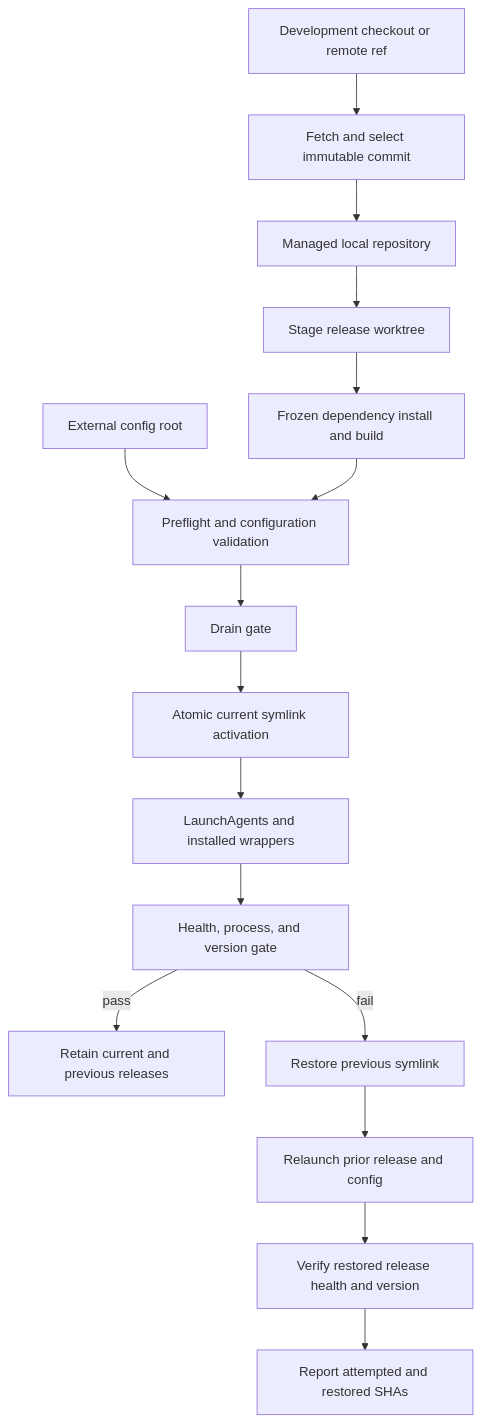
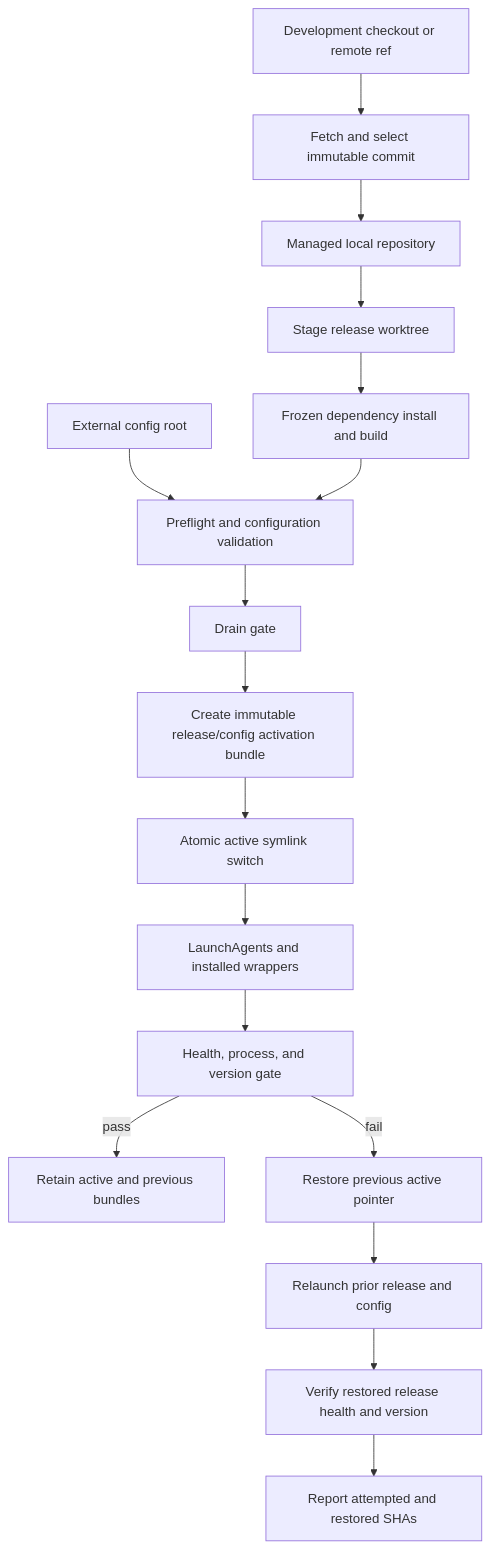
The first of 2 diagrams in docs/plans/2026-07-10-001-refactor-installed-runtime-deployment-plan.md (mobilyze-llc/symphony-ts), drawn with Mermaid before and after one commit. The commit also changed other lines of this file, not shown here.

First line of the commit message:
Make installed runtime activation atomic (#751)

````diff
--- a/docs/plans/2026-07-10-001-refactor-installed-runtime-deployment-plan.md
+++ b/docs/plans/2026-07-10-001-refactor-installed-runtime-deployment-plan.md
@@ -132,18 +132,19 @@
 ```mermaid
 flowchart TB
   S["Development checkout or remote ref"] --> F["Fetch and select immutable commit"]
   F --> R["Managed local repository"]
   R --> B["Stage release worktree"]
   C["External config root"] --> V["Preflight and configuration validation"]
   B --> I["Frozen dependency install and build"]
   I --> V
   V --> D["Drain gate"]
-  D --> A["Atomic current symlink activation"]
-  A --> L["LaunchAgents and installed wrappers"]
+  D --> A["Create immutable release/config activation bundle"]
+  A --> AS["Atomic active symlink switch"]
+  AS --> L["LaunchAgents and installed wrappers"]
   L --> H["Health, process, and version gate"]
-  H -->|pass| K["Retain current and previous releases"]
-  H -->|fail| P["Restore previous symlink"]
+  H -->|pass| K["Retain active and previous bundles"]
+  H -->|fail| P["Restore previous active pointer"]
   P --> RL["Relaunch prior release and config"]
   RL --> RH["Verify restored release health and version"]
   RH --> RF["Report attempted and restored SHAs"]
 ```
````
